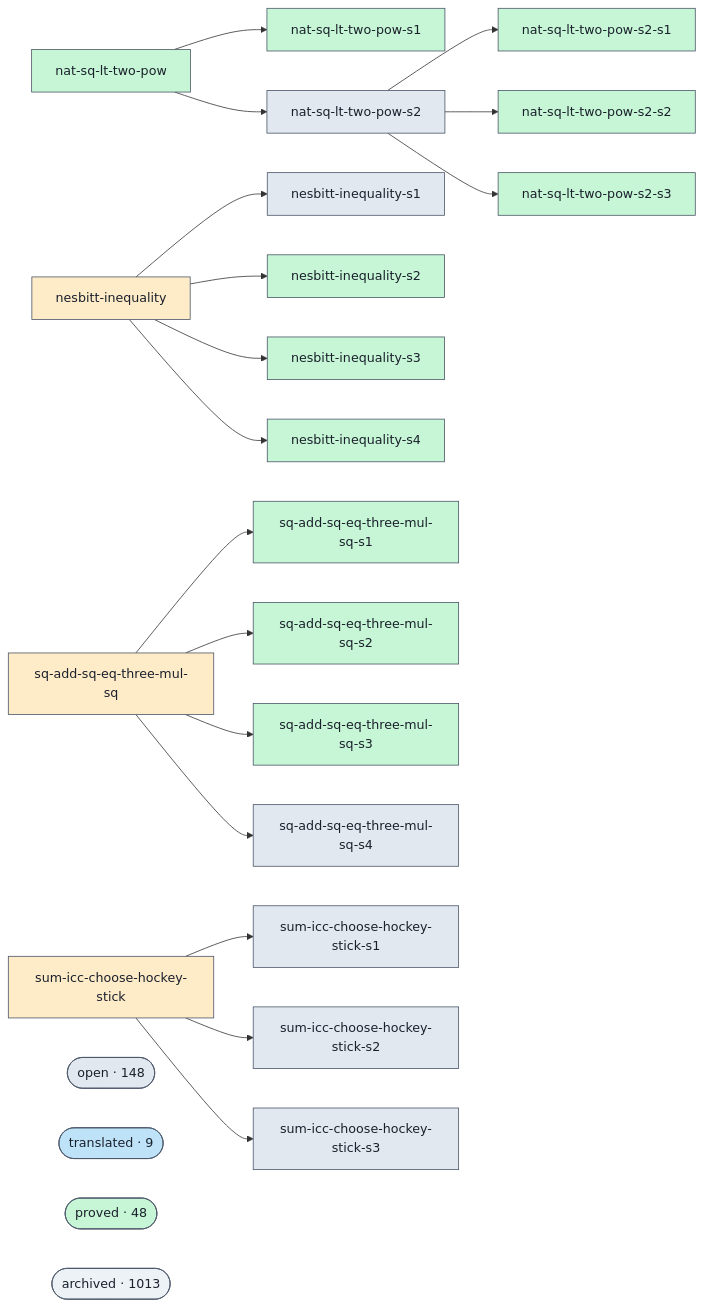
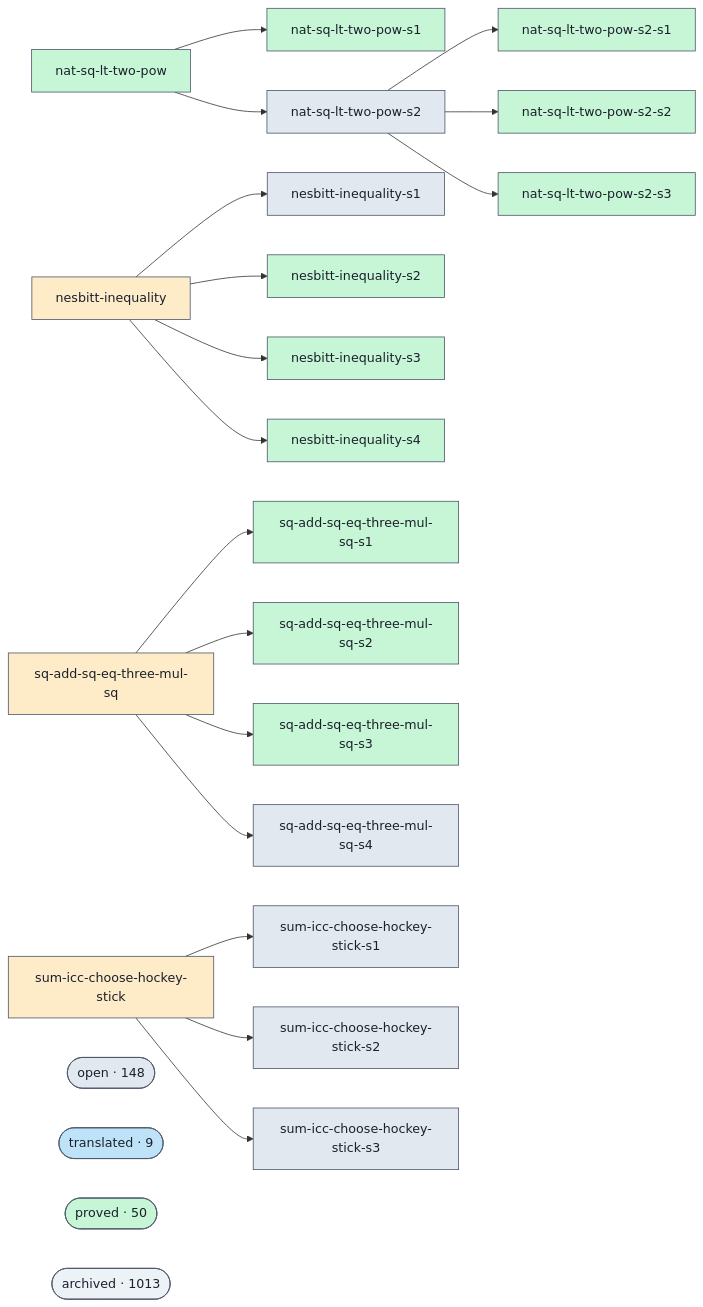
One commit to ohdearquant/unsorry changed the diagram in docs/proofs-contributors-visualisation.md. Above: the diagram before and after it, drawn with Mermaid. The commit also changed other lines of this file and 2 other files, not shown here.

```diff
--- a/docs/proofs-contributors-visualisation.md
+++ b/docs/proofs-contributors-visualisation.md
@@ -102,7 +102,7 @@
   class cluster_open open;
   cluster_translated(["translated · 9"])
   class cluster_translated translated;
-  cluster_proved(["proved · 48"])
+  cluster_proved(["proved · 50"])
   class cluster_proved proved;
   cluster_archived(["archived · 1013"])
   class cluster_archived unknown;
```
